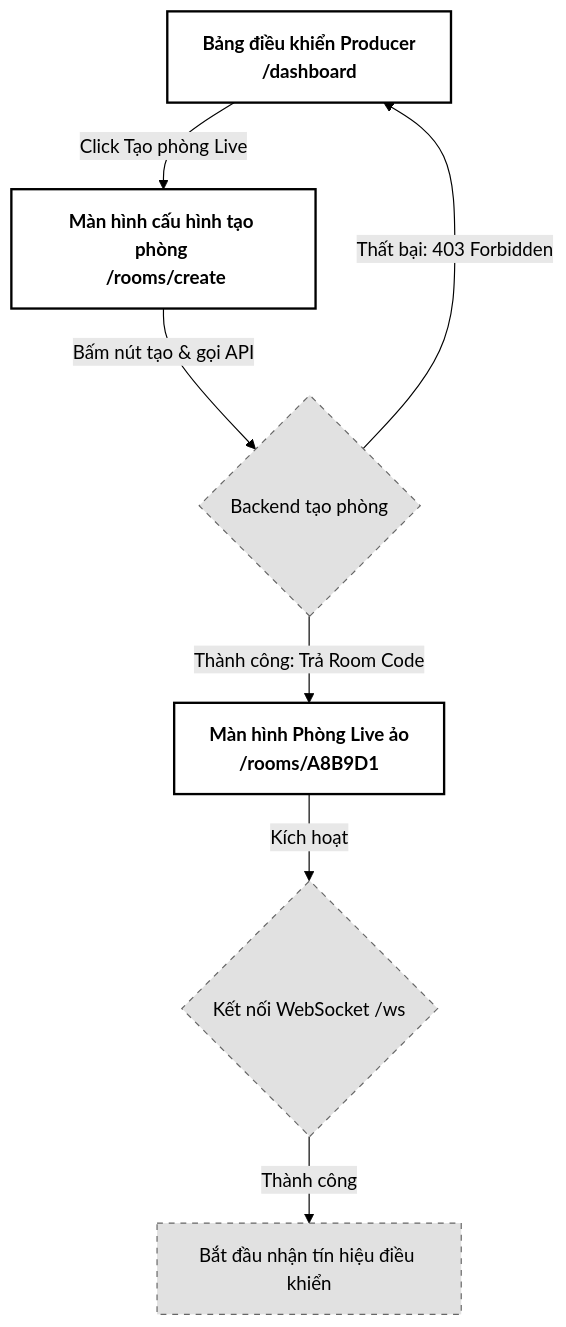
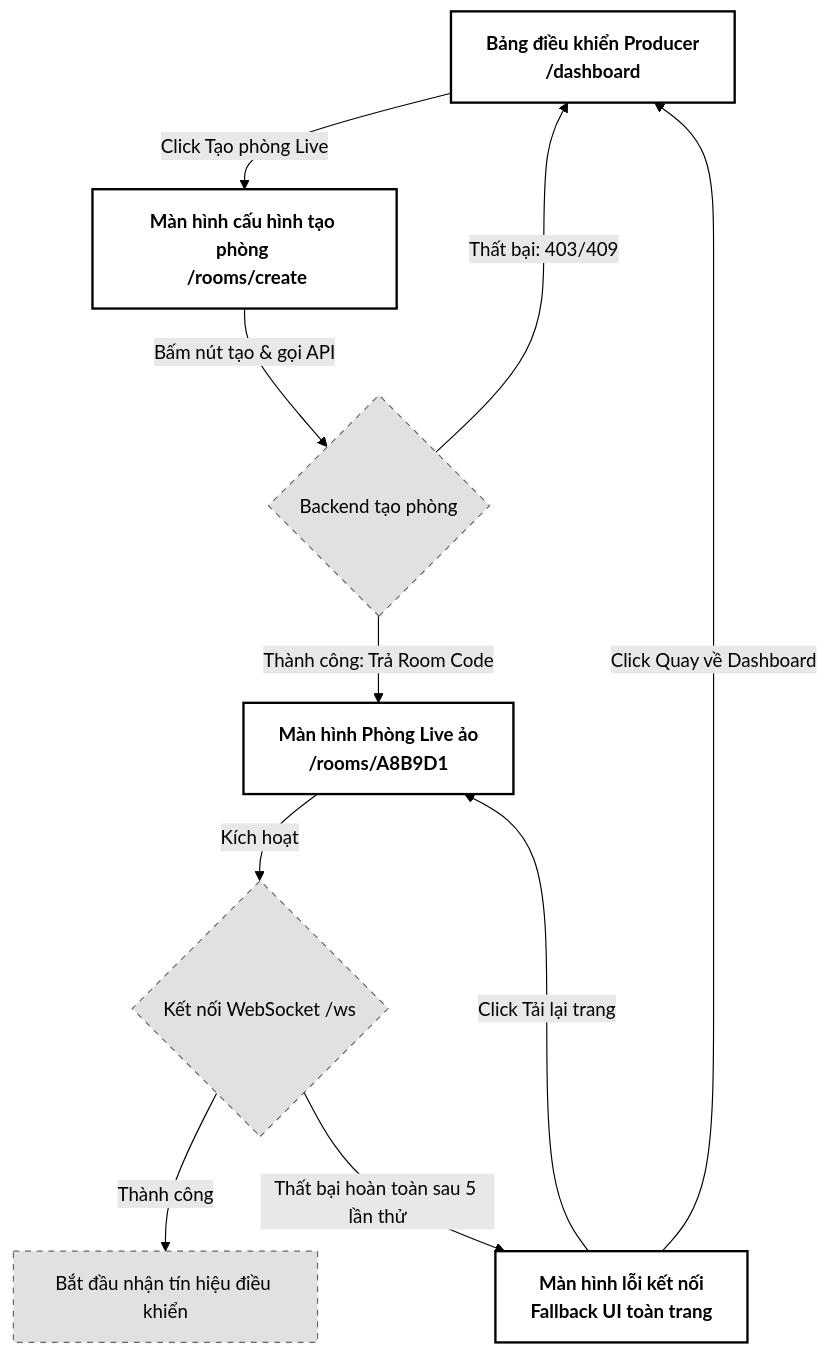
Before and after one commit to NguyenDucHoangNam/PWB_Mini: the second of 2 diagrams in docs/2. Live Room/01_create_room.md, drawn with Mermaid (forest theme). The commit also changed other lines of this file and 22 other files, not shown here.

````diff
--- a/docs/2. Live Room/01_create_room.md
+++ b/docs/2. Live Room/01_create_room.md
@@ -293,16 +335,19 @@
 ```mermaid
 graph TD
     classDef default fill:#f9f9f9,stroke:#333,stroke-width:1px,color:#000;
     classDef screen fill:#ffffff,stroke:#000,stroke-width:2px,font-weight:bold,color:#000;
     classDef action fill:#e1e1e1,stroke:#666,stroke-width:1px,stroke-dasharray: 5 5,color:#000;
 
     ProducerDashboard["Bảng điều khiển Producer <br> /dashboard"]:::screen -->|Click Tạo phòng Live| CreateConfigPage["Màn hình cấu hình tạo phòng <br> /rooms/create"]:::screen
     
     CreateConfigPage -->|Bấm nút tạo & gọi API| CreateAction{Backend tạo phòng}:::action
     
-    CreateAction -->|Thất bại: 403 Forbidden| ProducerDashboard
+    CreateAction -->|Thất bại: 403/409| ProducerDashboard
     CreateAction -->|Thành công: Trả Room Code| LiveRoomPage["Màn hình Phòng Live ảo <br> /rooms/A8B9D1"]:::screen
     
     LiveRoomPage -->|Kích hoạt| ConnectWS{Kết nối WebSocket /ws}:::action
     ConnectWS -->|Thành công| ActiveRoom[Bắt đầu nhận tín hiệu điều khiển]:::action
+    ConnectWS -->|Thất bại hoàn toàn sau 5 lần thử| FallbackPage["Màn hình lỗi kết nối <br> Fallback UI toàn trang"]:::screen
+    FallbackPage -->|Click Tải lại trang| LiveRoomPage
+    FallbackPage -->|Click Quay về Dashboard| ProducerDashboard
 ```
````
